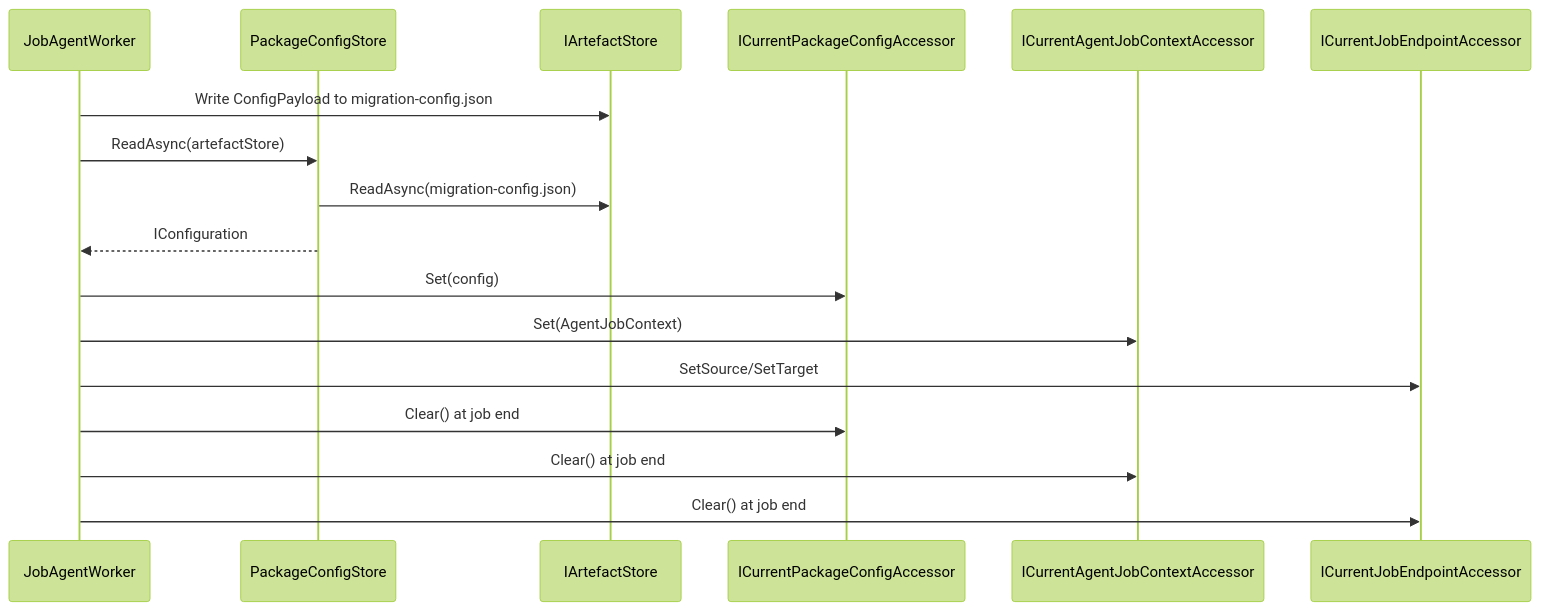
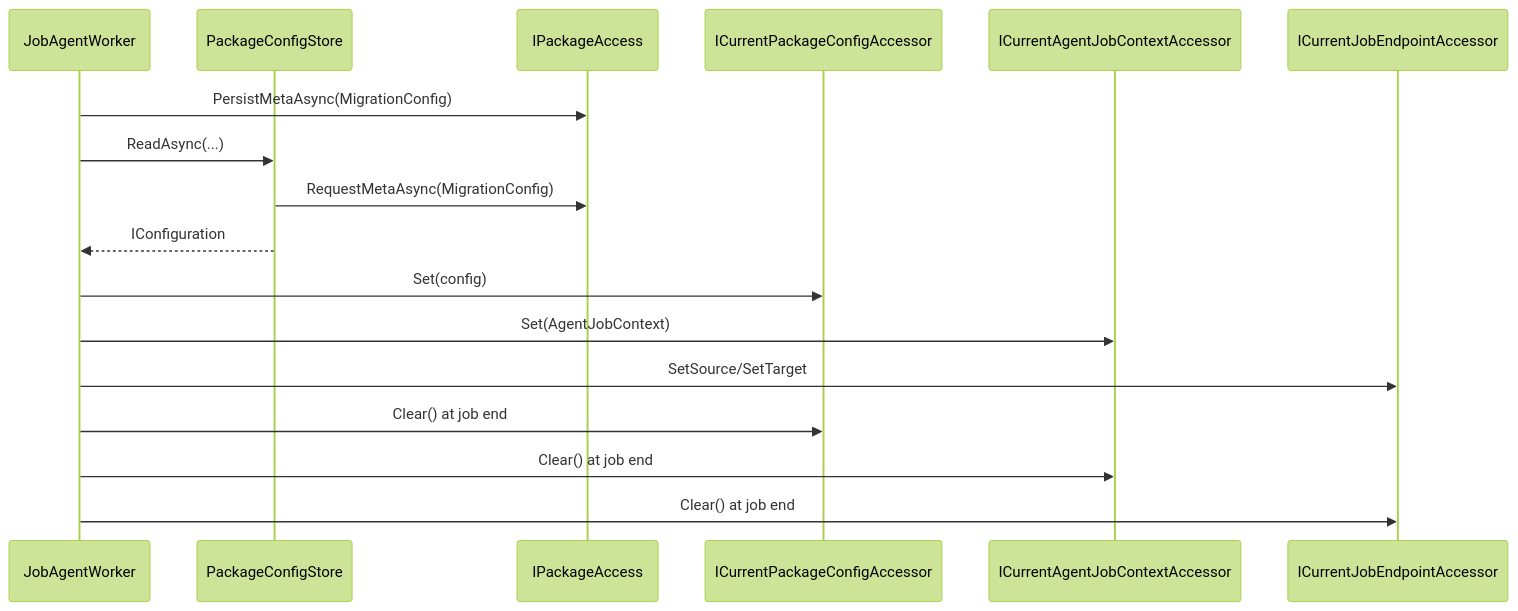
The diagram in .agents/context/architecture/agent-runtime-context.md (nkdAgility/azure-devops-migration-platform), drawn with Mermaid (forest theme) before and after one commit. The commit also changed 7 other files, not shown here.

Commit message:
refactor: update package access references to IPackageAccess for consistency across documentation and implementation

````diff
--- a/.agents/context/architecture/agent-runtime-context.md
+++ b/.agents/context/architecture/agent-runtime-context.md
@@ -23,20 +23,20 @@
 ```mermaid
 sequenceDiagram
   participant JW as JobAgentWorker
   participant PCS as PackageConfigStore
-  participant AS as IArtefactStore
+  participant PA as IPackageAccess
   participant PCA as ICurrentPackageConfigAccessor
   participant JCA as ICurrentAgentJobContextAccessor
   participant ECA as ICurrentJobEndpointAccessor
 
-  JW->>AS: Write ConfigPayload to migration-config.json
-  JW->>PCS: ReadAsync(artefactStore)
-  PCS->>AS: ReadAsync(migration-config.json)
+  JW->>PA: PersistMetaAsync(MigrationConfig)
+  JW->>PCS: ReadAsync(...)
+  PCS->>PA: RequestMetaAsync(MigrationConfig)
   PCS-->>JW: IConfiguration
   JW->>PCA: Set(config)
   JW->>JCA: Set(AgentJobContext)
   JW->>ECA: SetSource/SetTarget
   JW->>PCA: Clear() at job end
   JW->>JCA: Clear() at job end
   JW->>ECA: Clear() at job end
 ```
````
